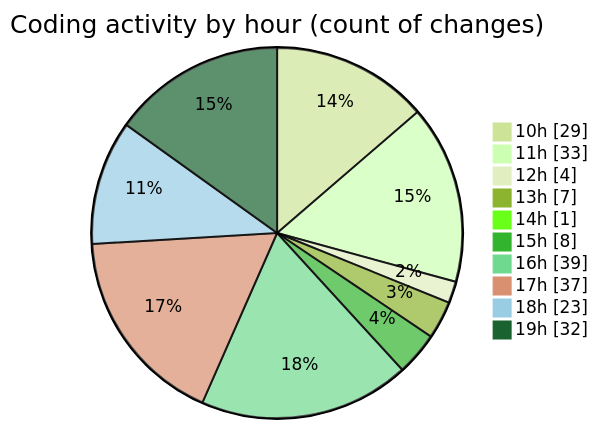
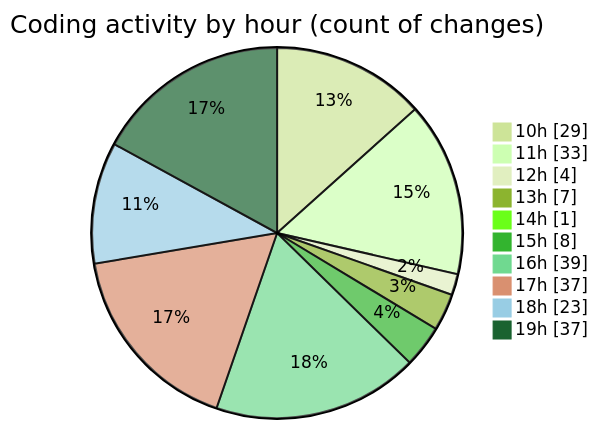
One commit to momahboobian/code-tracking changed the second of 2 diagrams in 2025-06-05/cda/README.md. Above: the diagram before and after it, drawn with Mermaid (forest theme). The commit also changed other lines of this file and 1 other file, not shown here.

````diff
--- a/2025-06-05/cda/README.md
+++ b/2025-06-05/cda/README.md
@@ -73,14 +74,14 @@
 ```mermaid
 pie showData
 title Coding activity by hour (count of changes)
 "10h" : 29
 "11h" : 33
 "12h" : 4
 "13h" : 7
 "14h" : 1
 "15h" : 8
 "16h" : 39
 "17h" : 37
 "18h" : 23
-"19h" : 32
+"19h" : 37
 ```
````
